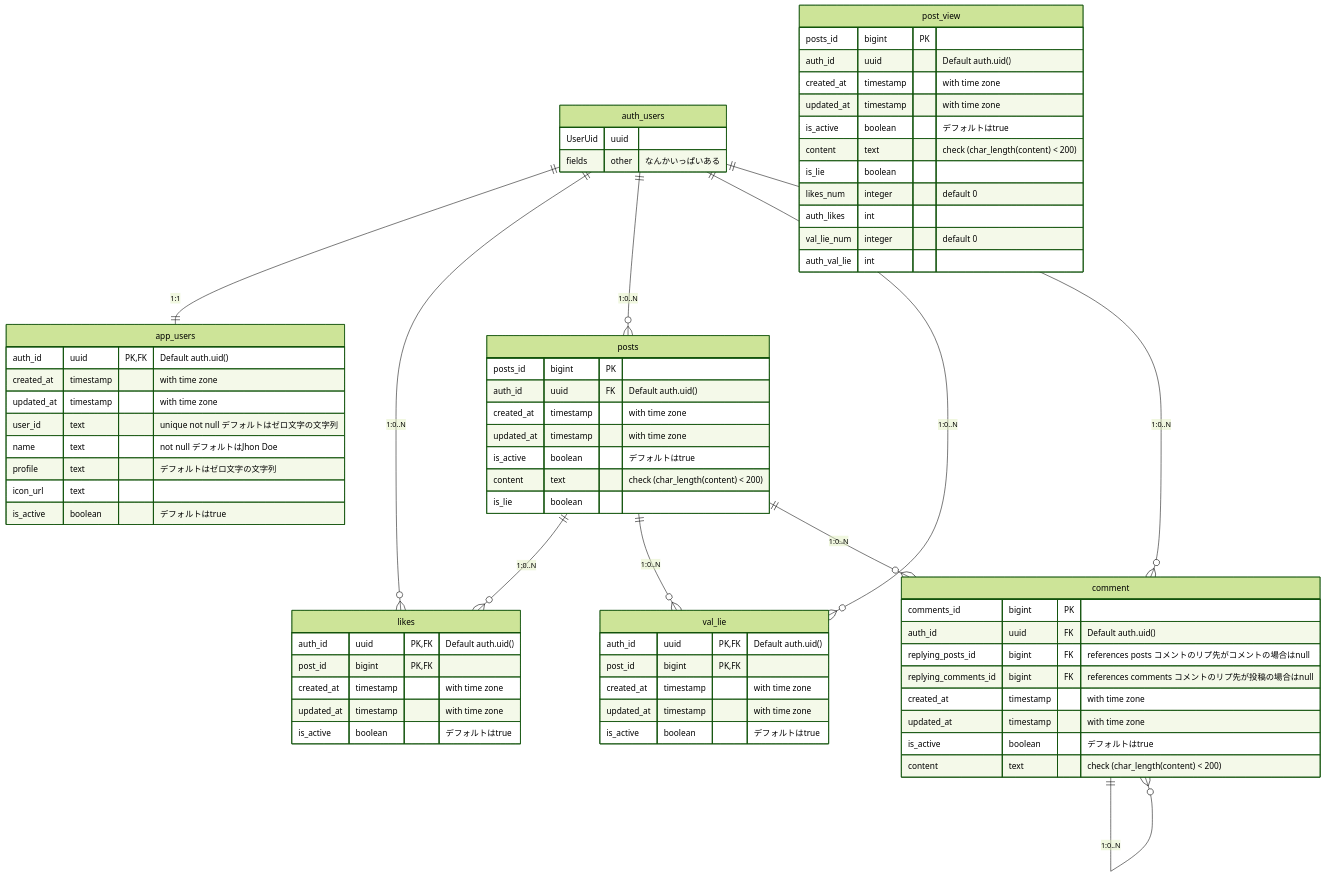
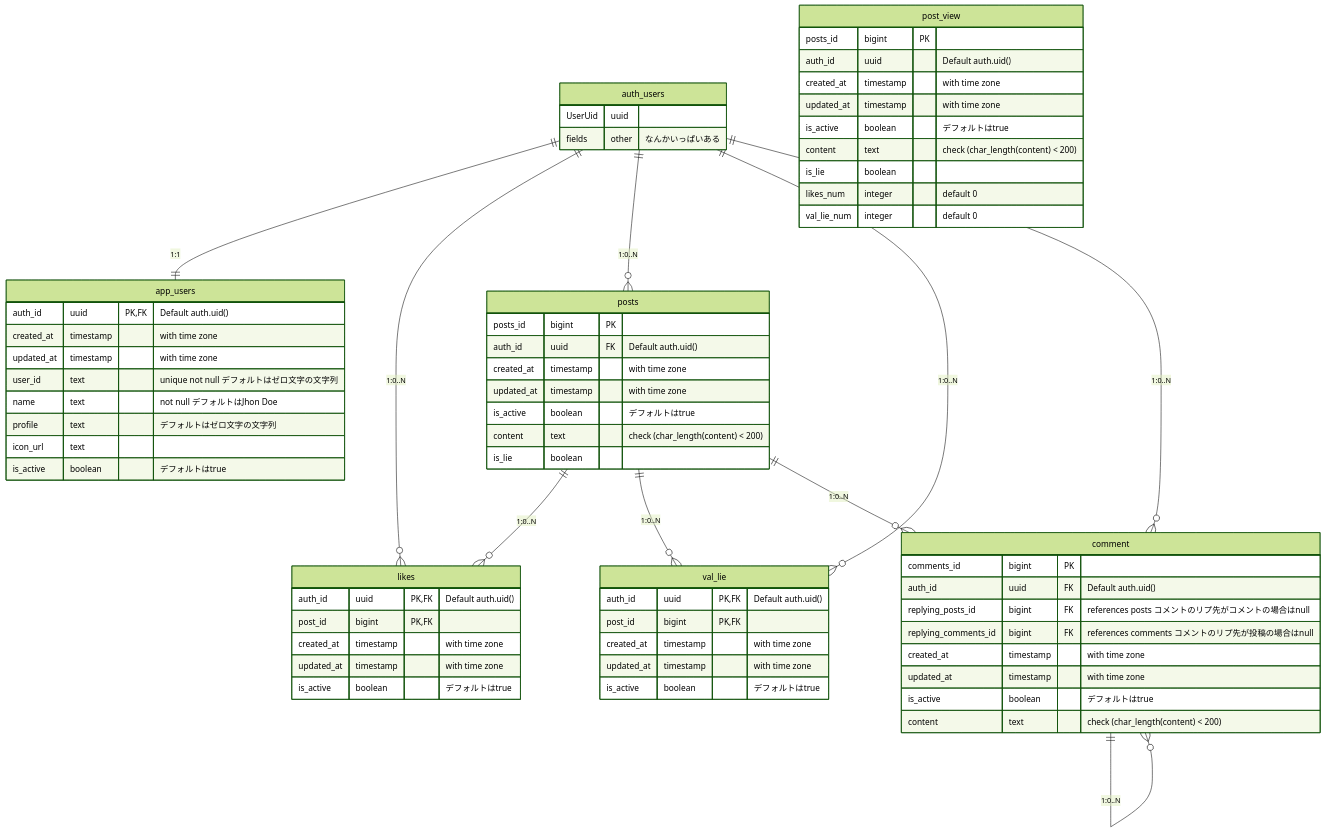
Before and after one commit to calloc134/HACKU-2023-codespaces: the first of 2 diagrams in db.md, drawn with Mermaid (forest theme). The commit also changed 1 other file, not shown here.

Commit message:
docs: いいね処理がやりやすくなるのは勘違いだった

````diff
--- a/db.md
+++ b/db.md
@@ -80,9 +80,7 @@
       content text "check (char_length(content) < 200)"
       is_lie boolean
       likes_num integer "default 0"
-      auth_likes int
       val_lie_num integer "default 0"
-      auth_val_lie int
     }
 
 ```
````
